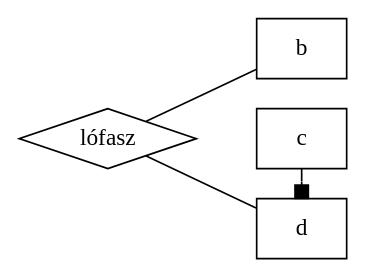
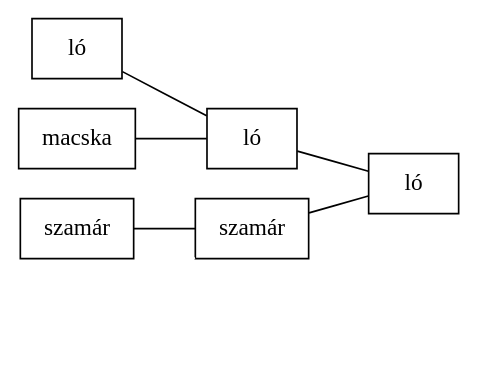
One commit to naaaani/cup changed the diagram in sample.dot. Above: the diagram before and after it, drawn with Graphviz.

Commit message:
sample.dot done

```diff
--- a/sample.dot
+++ b/sample.dot
@@ -1,12 +1,35 @@
 digraph { 
     rankdir = LR;
     edge [arrowhead=none];
     node [shape=box];
+ 
+r0i0 [label = "ló"]; 
+r0i1 [label = "macska"] 
+r0i2 [label = "szamár"]
+r0i3 [color = white label=""]
 
-    a [label="lófasz" shape=diamond]
+{rank = same;
+r0i0 r0i1 r0i2 r0i3
+}
 
-    a -> b;
-    c -> d [arrowhead=box];
-    a -> d;
-    {rank = same; b; c; d;}
+r0i0 -> r1i0
+r0i1 -> r1i0
+r0i2 -> r1i1
+r0i3 -> r1i1 [color=white]
+
+{rank = same;
+r1i0 r1i1
 }
+
+r1i0 [label = "ló"]; 
+r1i1 [label = "szamár"]
+
+r1i0 -> r2i0
+r1i1 -> r2i0
+
+
+r2i0 [label = "ló"]
+
+
+    
+}
```
